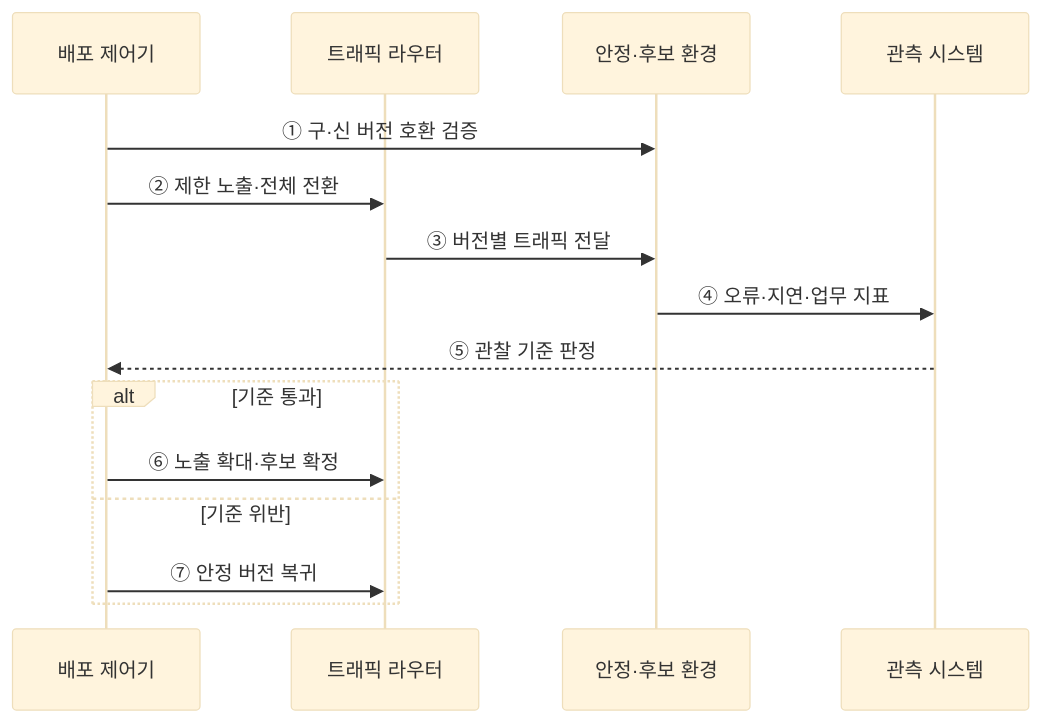
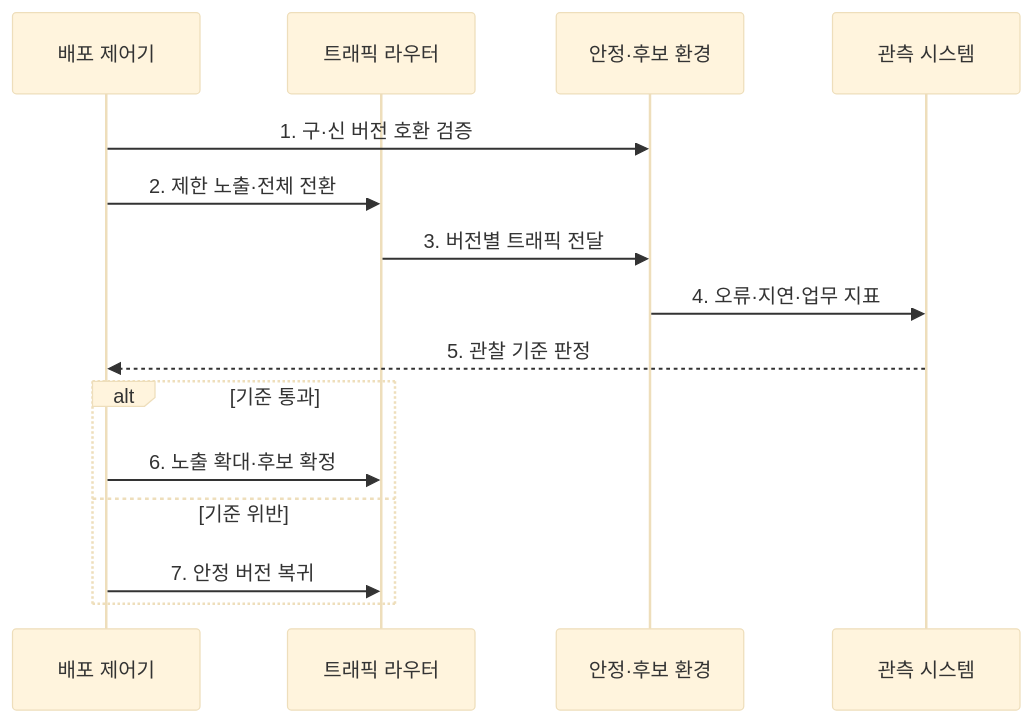
The second of 2 diagrams in src/content/docs/notes/03-software/063_canary_blue_green_deployment.md (agnusdei1207/knowledge-base), drawn with Mermaid (base theme) before and after one commit. The commit also changed other lines of this file and 20 other files, not shown here.

````diff
--- a/src/content/docs/notes/03-software/063_canary_blue_green_deployment.md
+++ b/src/content/docs/notes/03-software/063_canary_blue_green_deployment.md
@@ -73,17 +81,17 @@
 ```mermaid
 sequenceDiagram
     participant D as 배포 제어기
     participant R as 트래픽 라우터
     participant V as 안정·후보 환경
     participant O as 관측 시스템
-    D->>V: ① 구·신 버전 호환 검증
-    D->>R: ② 제한 노출·전체 전환
-    R->>V: ③ 버전별 트래픽 전달
-    V->>O: ④ 오류·지연·업무 지표
-    O-->>D: ⑤ 관찰 기준 판정
+    D->>V: 1. 구·신 버전 호환 검증
+    D->>R: 2. 제한 노출·전체 전환
+    R->>V: 3. 버전별 트래픽 전달
+    V->>O: 4. 오류·지연·업무 지표
+    O-->>D: 5. 관찰 기준 판정
     alt 기준 통과
-        D->>R: ⑥ 노출 확대·후보 확정
+        D->>R: 6. 노출 확대·후보 확정
     else 기준 위반
-        D->>R: ⑦ 안정 버전 복귀
+        D->>R: 7. 안정 버전 복귀
     end
 ```
````
